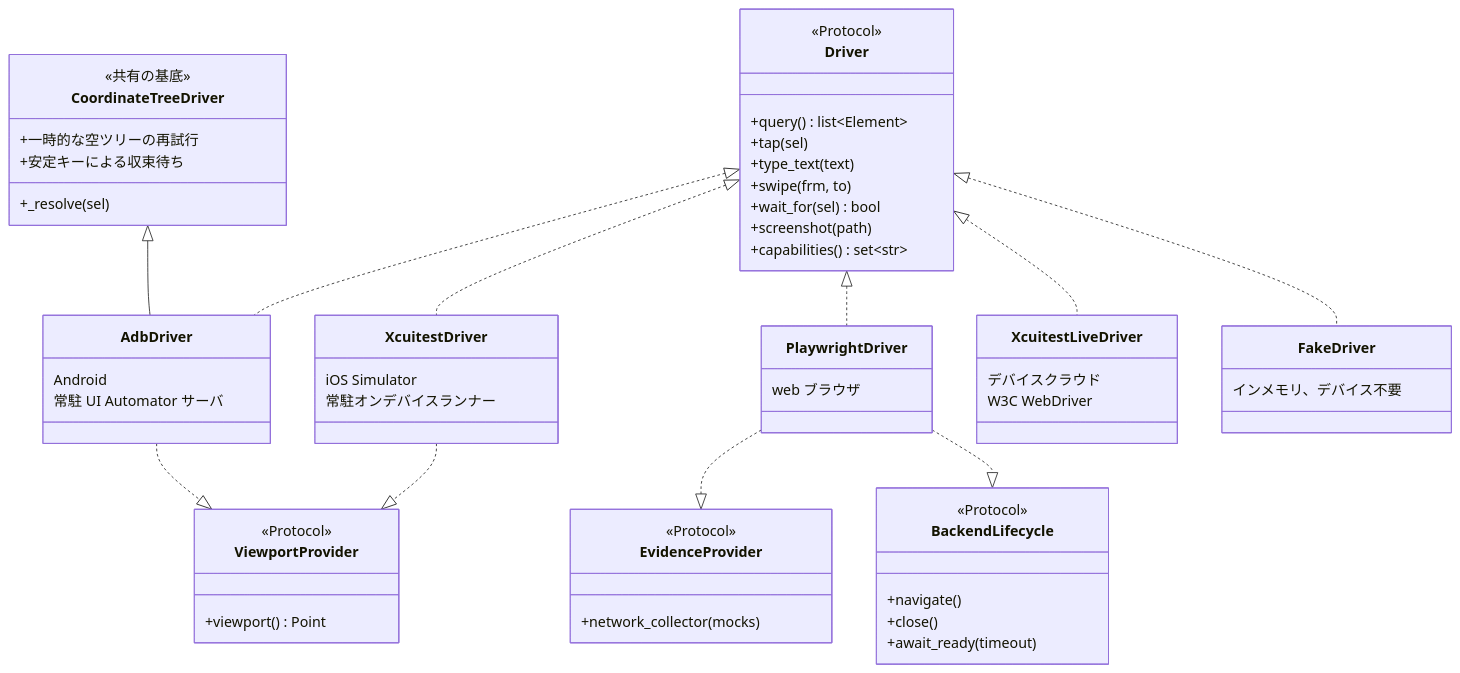
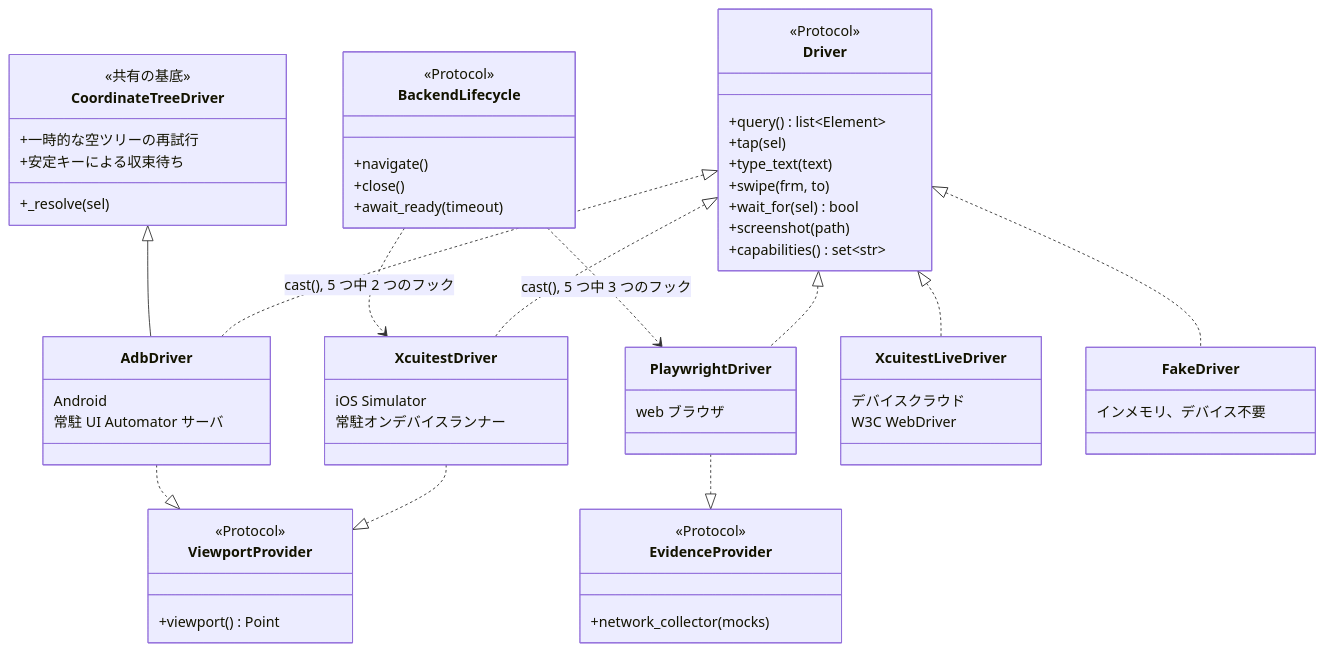
Before and after one commit to bajutsu-e2e/bajutsu: the sixth of 7 diagrams in docs/ja/code-structure.md, drawn with Mermaid. The commit also changed other lines of this file and 5 other files, not shown here.

First line of the commit message:
docs(code-structure): fix resolve_unique, BackendLifecycle, and Triage against current code

````diff
--- a/docs/ja/code-structure.md
+++ b/docs/ja/code-structure.md
@@ -474,62 +474,63 @@
 ```mermaid
 classDiagram
     class Driver {
         <<Protocol>>
         +query() list~Element~
         +tap(sel)
         +type_text(text)
         +swipe(frm, to)
         +wait_for(sel) bool
         +screenshot(path)
         +capabilities() set~str~
     }
     class CoordinateTreeDriver {
         <<共有の基底>>
         +一時的な空ツリーの再試行
         +安定キーによる収束待ち
         +_resolve(sel)
     }
     class EvidenceProvider {
         <<Protocol>>
         +network_collector(mocks)
     }
     class ViewportProvider {
         <<Protocol>>
         +viewport() Point
     }
     class BackendLifecycle {
         <<Protocol>>
         +navigate()
         +close()
         +await_ready(timeout)
     }
     class XcuitestDriver {
         iOS Simulator
         常駐オンデバイスランナー
     }
     class AdbDriver {
         Android
         常駐 UI Automator サーバ
     }
     class PlaywrightDriver {
         web ブラウザ
     }
     class XcuitestLiveDriver {
         デバイスクラウド
         W3C WebDriver
     }
     class FakeDriver {
         インメモリ、デバイス不要
     }
 
     Driver <|.. XcuitestDriver
     Driver <|.. AdbDriver
     Driver <|.. PlaywrightDriver
     Driver <|.. XcuitestLiveDriver
     Driver <|.. FakeDriver
     CoordinateTreeDriver <|-- AdbDriver
     PlaywrightDriver ..|> EvidenceProvider
-    PlaywrightDriver ..|> BackendLifecycle
     XcuitestDriver ..|> ViewportProvider
     AdbDriver ..|> ViewportProvider
+    BackendLifecycle ..> PlaywrightDriver : cast(), 5 つ中 3 つのフック
+    BackendLifecycle ..> XcuitestDriver : cast(), 5 つ中 2 つのフック
 ```
````
